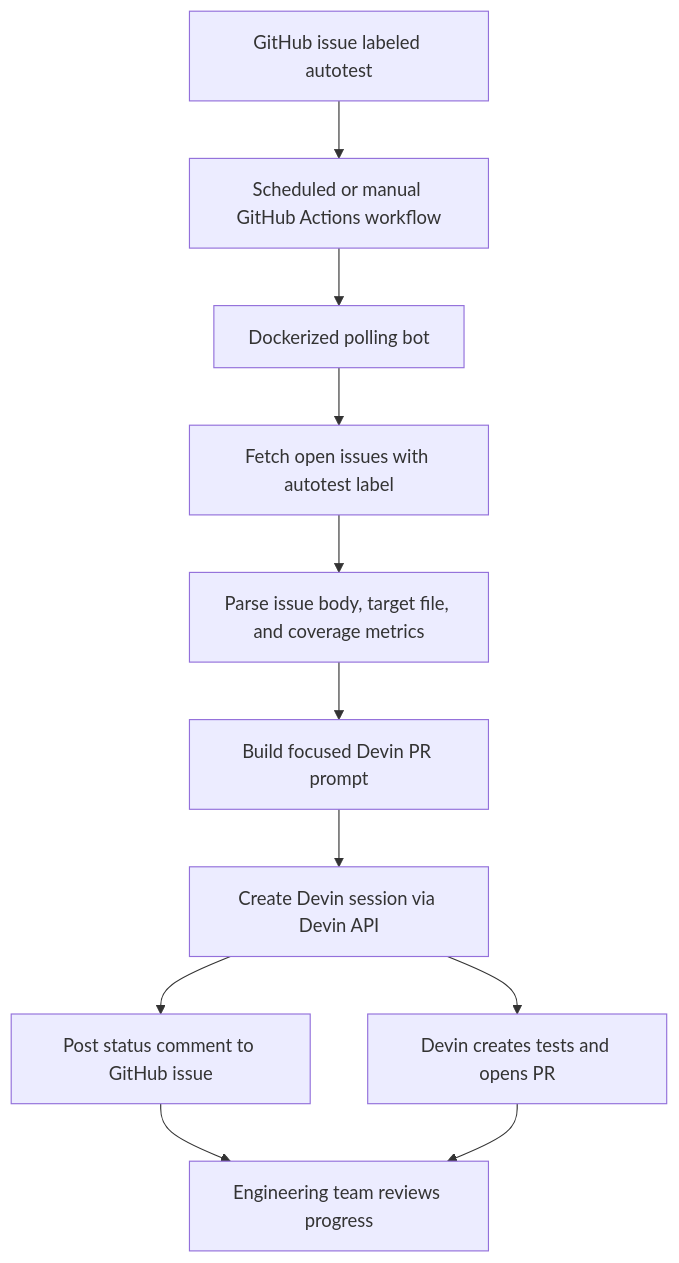
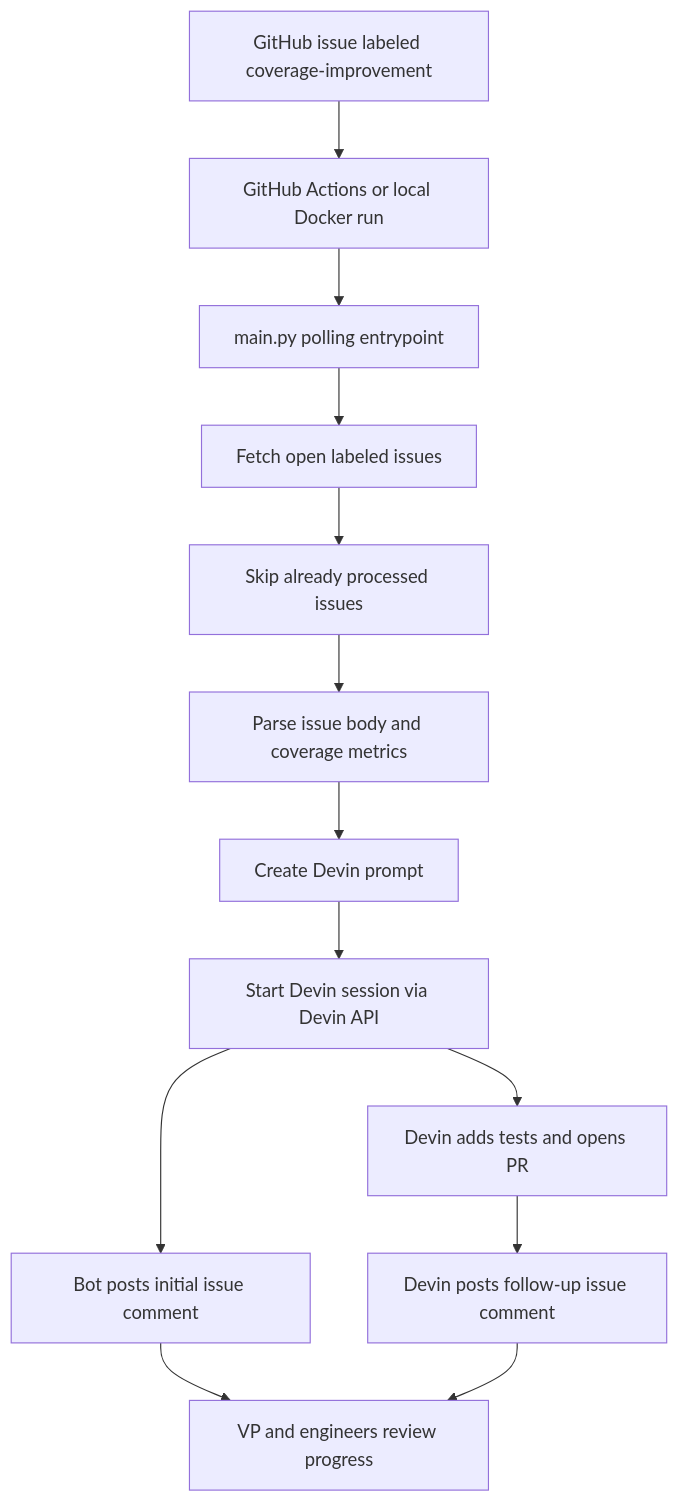
One commit to arjun-krishna1/test-coverage-bot changed the diagram in README.md. Above: the diagram before and after it, drawn with Mermaid. The commit also changed other lines of this file and 8 other files, not shown here.

Commit message:
Switch automation label to coverage improvement

````diff
--- a/README.md
+++ b/README.md
@@ -22,13 +23,15 @@
 ```mermaid
 flowchart TD
-    A[GitHub issue labeled autotest] --> B[Scheduled or manual GitHub Actions workflow]
-    B --> C[Dockerized polling bot]
-    C --> D[Fetch open issues with autotest label]
-    D --> E[Parse issue body, target file, and coverage metrics]
-    E --> F[Build focused Devin PR prompt]
-    F --> G[Create Devin session via Devin API]
-    G --> H[Post status comment to GitHub issue]
-    G --> I[Devin creates tests and opens PR]
-    H --> J[Engineering team reviews progress]
-    I --> J
+    A[GitHub issue labeled coverage-improvement] --> B[GitHub Actions or local Docker run]
+    B --> C[main.py polling entrypoint]
+    C --> D[Fetch open labeled issues]
+    D --> E[Skip already processed issues]
+    E --> F[Parse issue body and coverage metrics]
+    F --> G[Create Devin prompt]
+    G --> H[Start Devin session via Devin API]
+    H --> I[Bot posts initial issue comment]
+    H --> J[Devin adds tests and opens PR]
+    J --> K[Devin posts follow-up issue comment]
+    I --> L[VP and engineers review progress]
+    K --> L
 ```
````
